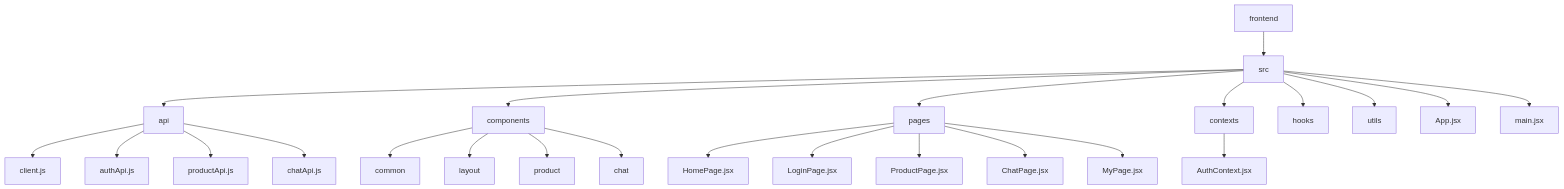
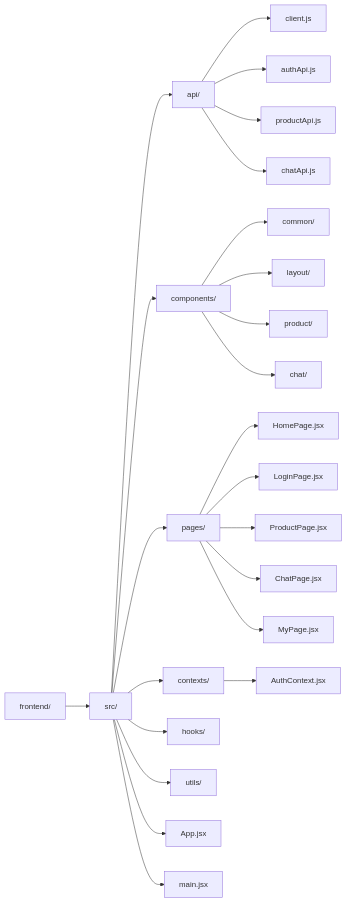
One commit to simpleego/AX_Service_Builder changed diagram 19 of 24 in 04-api-architecture-auth-security/React/React_학습내용.md. Above: the diagram before and after it, drawn with Mermaid. The commit also changed other lines of this file, not shown here.

````diff
--- a/04-api-architecture-auth-security/React/React_학습내용.md
+++ b/04-api-architecture-auth-security/React/React_학습내용.md
@@ -1050,31 +1050,31 @@
 ```mermaid
-flowchart TD
-    frontend --> src
+flowchart LR
+    F["frontend/"] --> S["src/"]
 
-    src --> api
-    api --> client["client.js"]
-    api --> authApi["authApi.js"]
-    api --> productApi["productApi.js"]
-    api --> chatApi["chatApi.js"]
+    S --> A["api/"]
+    A --> A1["client.js"]
+    A --> A2["authApi.js"]
+    A --> A3["productApi.js"]
+    A --> A4["chatApi.js"]
 
-    src --> components
-    components --> common
-    components --> layout
-    components --> product
-    components --> chat
+    S --> C["components/"]
+    C --> C1["common/"]
+    C --> C2["layout/"]
+    C --> C3["product/"]
+    C --> C4["chat/"]
 
-    src --> pages
-    pages --> Home["HomePage.jsx"]
-    pages --> Login["LoginPage.jsx"]
-    pages --> ProductPage["ProductPage.jsx"]
-    pages --> ChatPage["ChatPage.jsx"]
-    pages --> MyPage["MyPage.jsx"]
+    S --> P["pages/"]
+    P --> P1["HomePage.jsx"]
+    P --> P2["LoginPage.jsx"]
+    P --> P3["ProductPage.jsx"]
+    P --> P4["ChatPage.jsx"]
+    P --> P5["MyPage.jsx"]
 
-    src --> contexts
-    contexts --> AuthContext["AuthContext.jsx"]
+    S --> X["contexts/"]
+    X --> X1["AuthContext.jsx"]
 
-    src --> hooks
-    src --> utils
-    src --> App["App.jsx"]
-    src --> main["main.jsx"]
+    S --> H["hooks/"]
+    S --> U["utils/"]
+    S --> APP["App.jsx"]
+    S --> M["main.jsx"]
 ```
````
